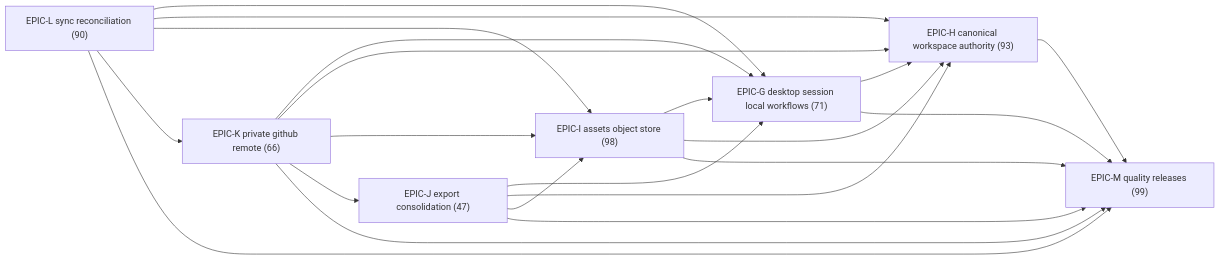
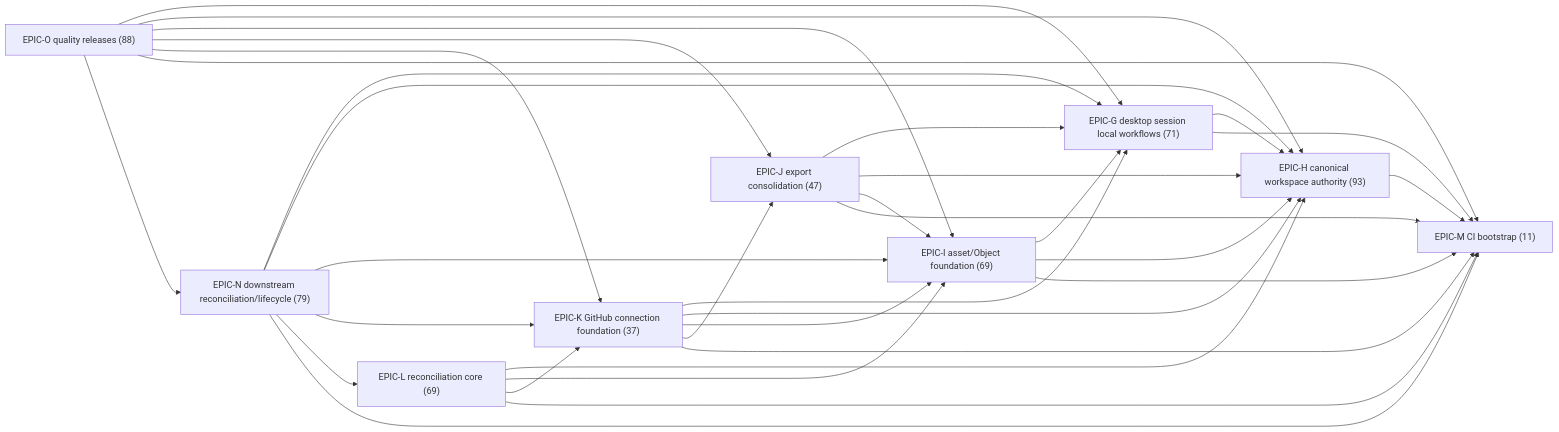
Before and after one commit to SkrOYC/burlmd: the diagram in .constitution/tasks/critical-path.md, drawn with Mermaid. The commit also changed other lines of this file and 16 other files, not shown here.

Commit message:
docs(tasks): repair the Stage 4 Epic M-to-O graph

````diff
--- a/.constitution/tasks/critical-path.md
+++ b/.constitution/tasks/critical-path.md
@@ -31,30 +33,44 @@
 ```mermaid
 flowchart LR
   G["EPIC-G desktop session local workflows (71)"]
   H["EPIC-H canonical workspace authority (93)"]
-  I["EPIC-I assets object store (98)"]
+  I["EPIC-I asset/Object foundation (69)"]
   J["EPIC-J export consolidation (47)"]
-  K["EPIC-K private github remote (66)"]
-  L["EPIC-L sync reconciliation (90)"]
-  M["EPIC-M quality releases (99)"]
+  K["EPIC-K GitHub connection foundation (37)"]
+  L["EPIC-L reconciliation core (69)"]
+  M["EPIC-M CI bootstrap (11)"]
+  N["EPIC-N downstream reconciliation/lifecycle (79)"]
+  O["EPIC-O quality releases (88)"]
   G --> H
   G --> M
   H --> M
   I --> G
   I --> H
   I --> M
   J --> G
   J --> H
   J --> I
   J --> M
   K --> G
   K --> H
   K --> I
   K --> J
   K --> M
-  L --> G
   L --> H
   L --> I
   L --> K
   L --> M
+  N --> G
+  N --> H
+  N --> I
+  N --> K
+  N --> L
+  N --> M
+  O --> G
+  O --> H
+  O --> I
+  O --> J
+  O --> K
+  O --> M
+  O --> N
 ```
````
